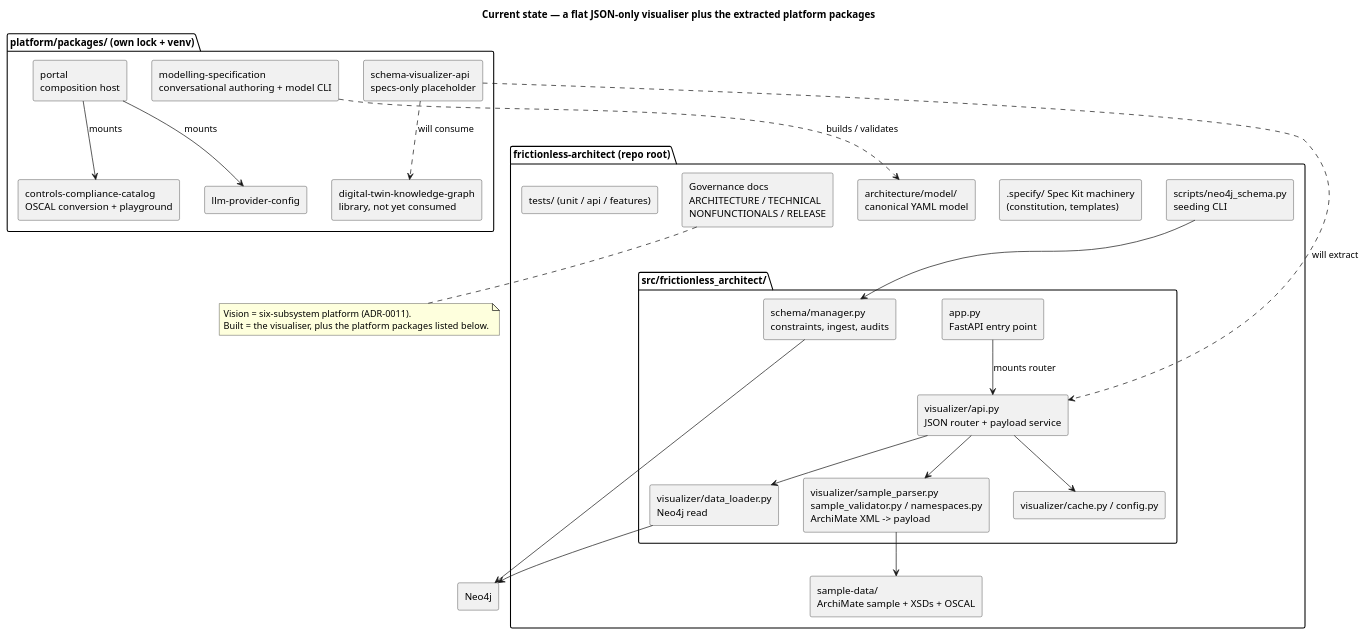
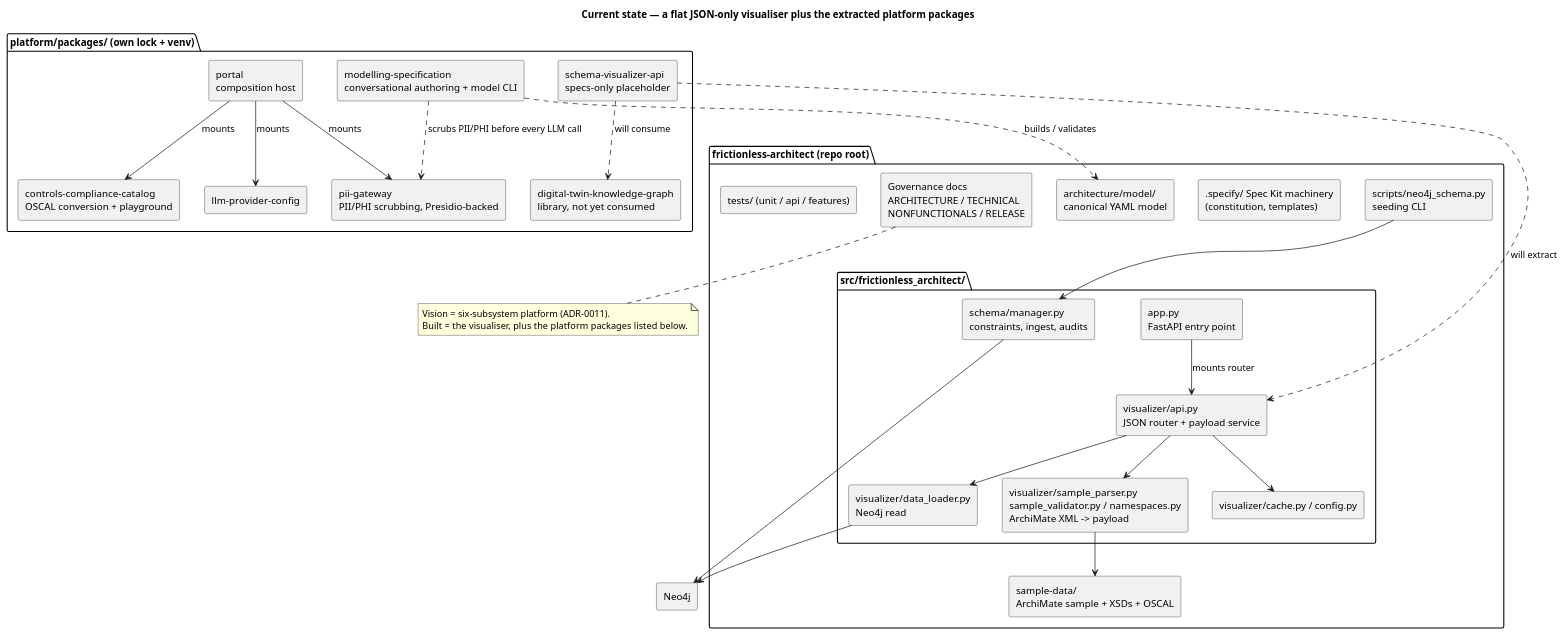
One commit to wolffy-au/frictionless-architect changed the first of 2 diagrams in ARCHITECTURE.md. Above: the diagram before and after it, drawn with PlantUML. The commit also changed other lines of this file and 1 other file, not shown here.

First line of the commit message:
docs: list pii-gateway in README and ARCHITECTURE "current state"

````diff
--- a/ARCHITECTURE.md
+++ b/ARCHITECTURE.md
@@ -35,55 +35,58 @@
 ```plantuml
 @startuml
 title Current state — a flat JSON-only visualiser plus the extracted platform packages
 skinparam componentStyle rectangle
 
 package "frictionless-architect (repo root)" {
   [Governance docs\nARCHITECTURE / TECHNICAL\nNONFUNCTIONALS / RELEASE] as docs
   [.specify/ Spec Kit machinery\n(constitution, templates)] as speckit
   [architecture/model/\ncanonical YAML model] as model
   [scripts/neo4j_schema.py\nseeding CLI] as seedcli
 
   package "src/frictionless_architect/" {
     [app.py\nFastAPI entry point] as app
     [visualizer/api.py\nJSON router + payload service] as api
     [visualizer/cache.py / config.py] as vsupport
     [visualizer/data_loader.py\nNeo4j read] as loader
     [visualizer/sample_parser.py\nsample_validator.py / namespaces.py\nArchiMate XML -> payload] as parser
     [schema/manager.py\nconstraints, ingest, audits] as schema
   }
 
   [sample-data/\nArchiMate sample + XSDs + OSCAL] as sampledata
   [tests/ (unit / api / features)] as tests
 }
 
 package "platform/packages/ (own lock + venv)" {
   [controls-compliance-catalog\nOSCAL conversion + playground] as ccc
   [modelling-specification\nconversational authoring + model CLI] as ms
   [llm-provider-config] as llm
   [portal\ncomposition host] as portal
   [digital-twin-knowledge-graph\nlibrary, not yet consumed] as dtkg
   [schema-visualizer-api\nspecs-only placeholder] as svapi
+  [pii-gateway\nPII/PHI scrubbing, Presidio-backed] as pii
 }
 
 [Neo4j] as neo4j
 
 app --> api : mounts router
 api --> vsupport
 api --> loader
 api --> parser
 loader --> neo4j
 parser --> sampledata
 seedcli --> schema
 schema --> neo4j
 portal --> ccc : mounts
 portal --> llm : mounts
+portal --> pii : mounts
 ms ..> model : builds / validates
+ms ..> pii : scrubs PII/PHI before every LLM call
 svapi ..> api : will extract
 svapi ..> dtkg : will consume
 
 note bottom of docs
   Vision = six-subsystem platform (ADR-0011).
   Built  = the visualiser, plus the platform packages listed below.
 end note
 @enduml
 ```
````
